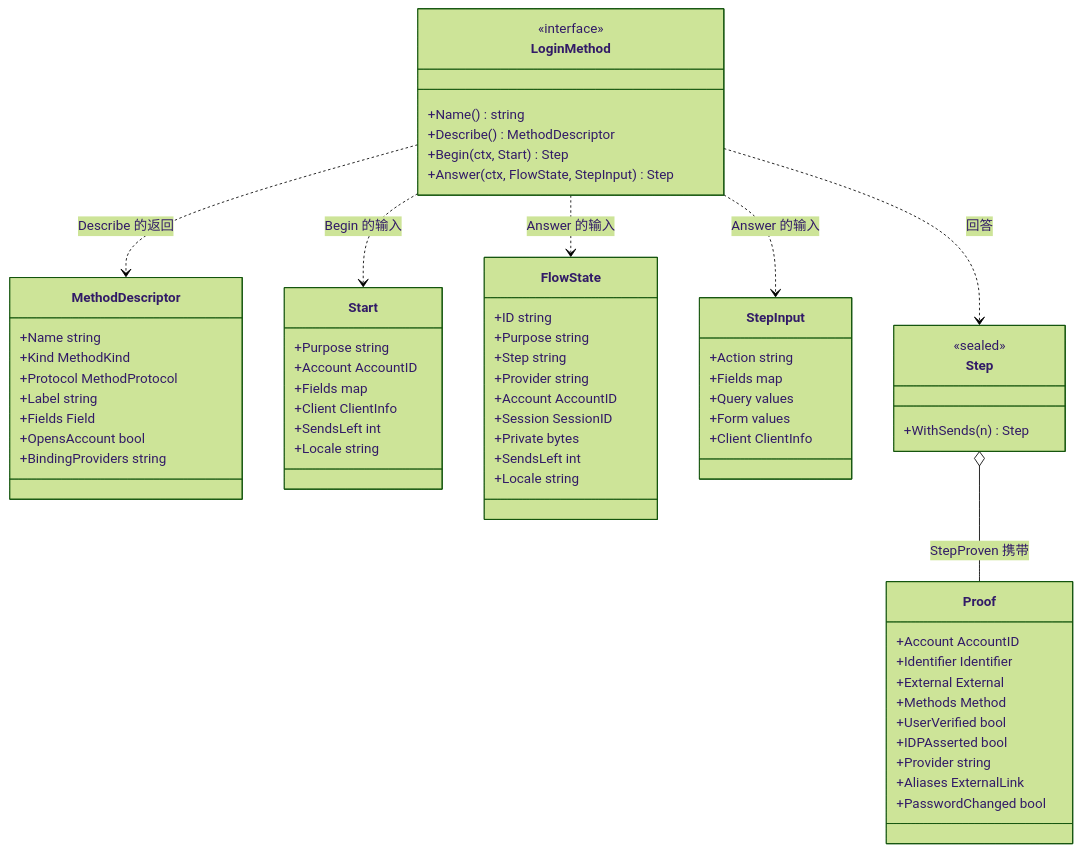
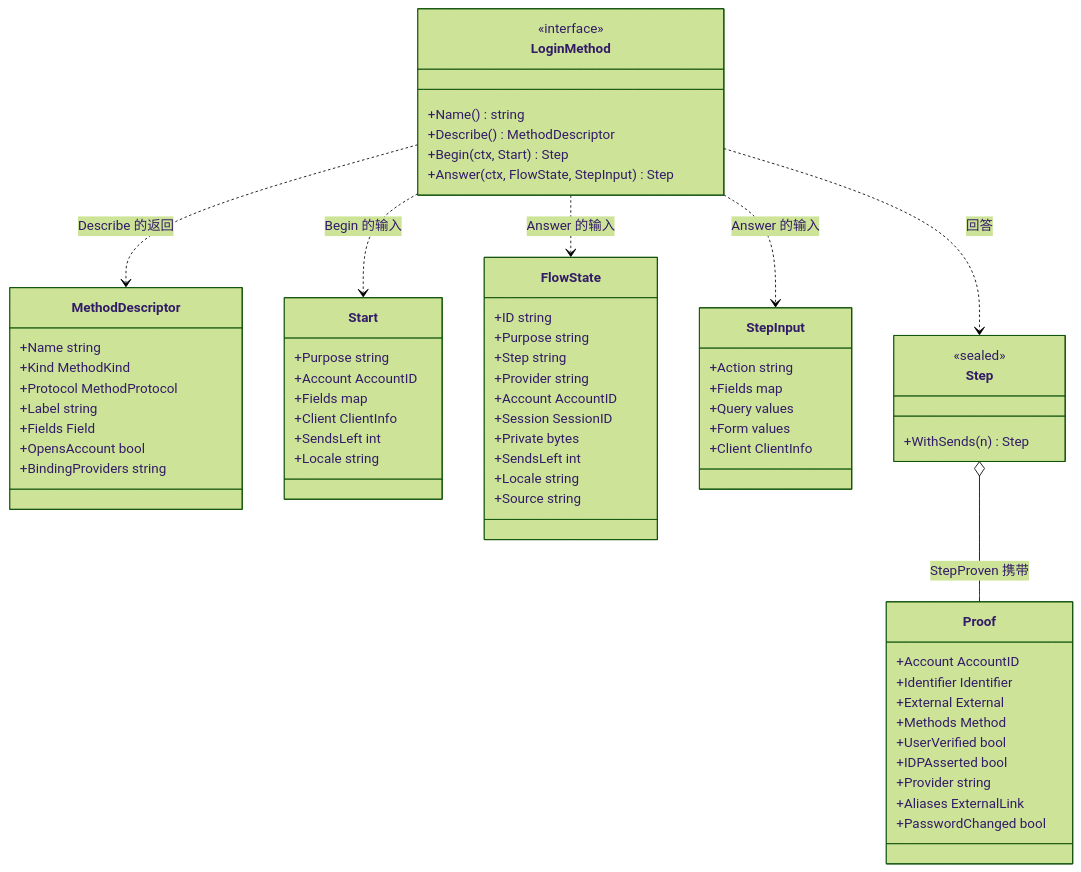
Before and after one commit to wangzw/speed: the third of 3 diagrams in docs/design/modules/authn/design-authn-login.md, drawn with Mermaid (forest theme). The commit also changed other lines of this file and 32 other files, not shown here.

````diff
--- a/docs/design/modules/authn/design-authn-login.md
+++ b/docs/design/modules/authn/design-authn-login.md
@@ -371,66 +372,67 @@
 ```mermaid
 classDiagram
     class LoginMethod {
         <<interface>>
         +Name() string
         +Describe() MethodDescriptor
         +Begin(ctx, Start) Step
         +Answer(ctx, FlowState, StepInput) Step
     }
     class MethodDescriptor {
         +Name string
         +Kind MethodKind
         +Protocol MethodProtocol
         +Label string
         +Fields Field
         +OpensAccount bool
         +BindingProviders string
     }
     class Start {
         +Purpose string
         +Account AccountID
         +Fields map
         +Client ClientInfo
         +SendsLeft int
         +Locale string
     }
     class FlowState {
         +ID string
         +Purpose string
         +Step string
         +Provider string
         +Account AccountID
         +Session SessionID
         +Private bytes
         +SendsLeft int
         +Locale string
+        +Source string
     }
     class StepInput {
         +Action string
         +Fields map
         +Query values
         +Form values
         +Client ClientInfo
     }
     class Step {
         <<sealed>>
         +WithSends(n) Step
     }
     class Proof {
         +Account AccountID
         +Identifier Identifier
         +External External
         +Methods Method
         +UserVerified bool
         +IDPAsserted bool
         +Provider string
         +Aliases ExternalLink
         +PasswordChanged bool
     }
     LoginMethod ..> Start : Begin 的输入
     LoginMethod ..> FlowState : Answer 的输入
     LoginMethod ..> StepInput : Answer 的输入
     LoginMethod ..> Step : 回答
     LoginMethod ..> MethodDescriptor : Describe 的返回
     Step o-- Proof : StepProven 携带
 ```
````
